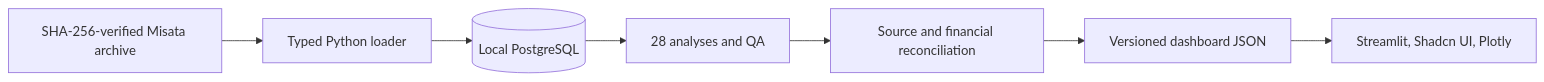
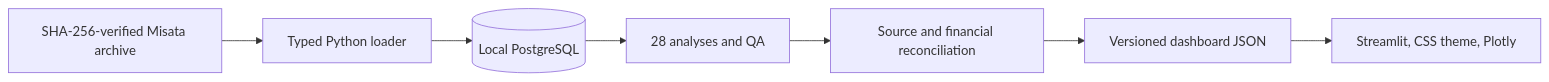
The diagram in README.md (emam26/RCM360-Healthcare-Analytics), drawn with Mermaid before and after one commit. The commit also changed other lines of this file and 2 other files, not shown here.

````diff
--- a/README.md
+++ b/README.md
@@ -22,9 +22,9 @@
 ```mermaid
 flowchart LR
     CSV[SHA-256-verified Misata archive] --> ETL[Typed Python loader]
     ETL --> PG[(Local PostgreSQL)]
     PG --> SQL[28 analyses and QA]
     SQL --> CHECK[Source and financial reconciliation]
     CHECK --> JSON[Versioned dashboard JSON]
-    JSON --> UI[Streamlit, Shadcn UI, Plotly]
+    JSON --> UI[Streamlit, CSS theme, Plotly]
 ```
````
